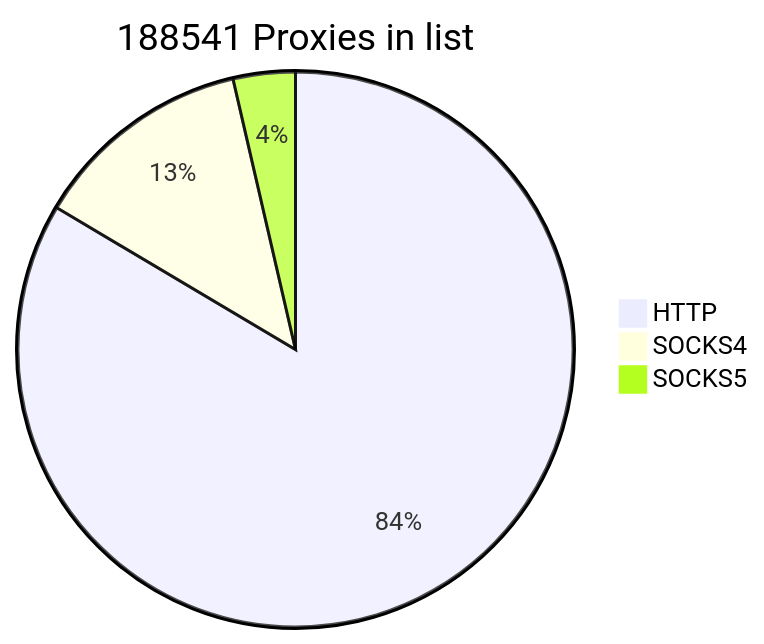
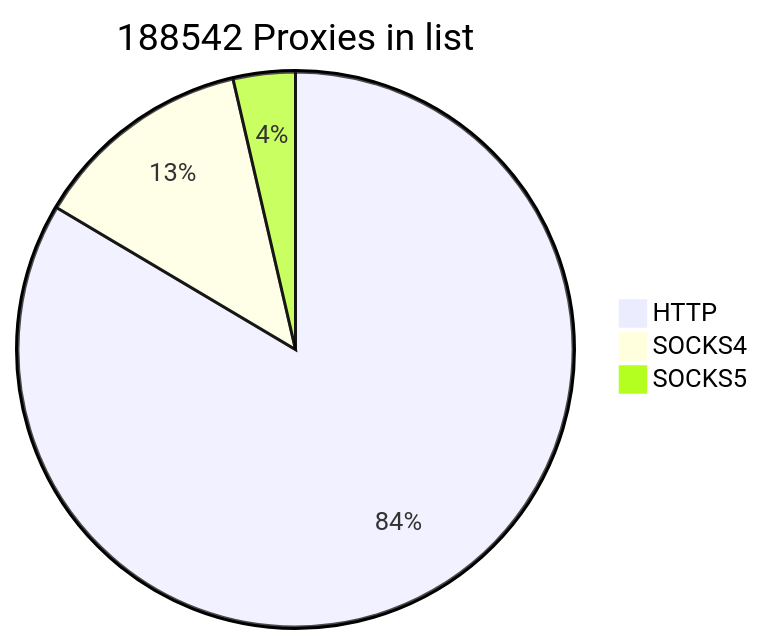
The first of 2 diagrams in README.md (cutipu/proxylist), drawn with Mermaid before and after one commit. The commit also changed other lines of this file, not shown here.

````diff
--- a/README.md
+++ b/README.md
@@ -2,7 +2,7 @@
 ```mermaid
-pie title 188541 Proxies in list
-    "HTTP" : 157488
-    "SOCKS4" : 24243
-    "SOCKS5" : 6810
+pie title 188542 Proxies in list
+    "HTTP" : 157489
+    "SOCKS4" : 24242
+    "SOCKS5" : 6811
             
 ```
````
